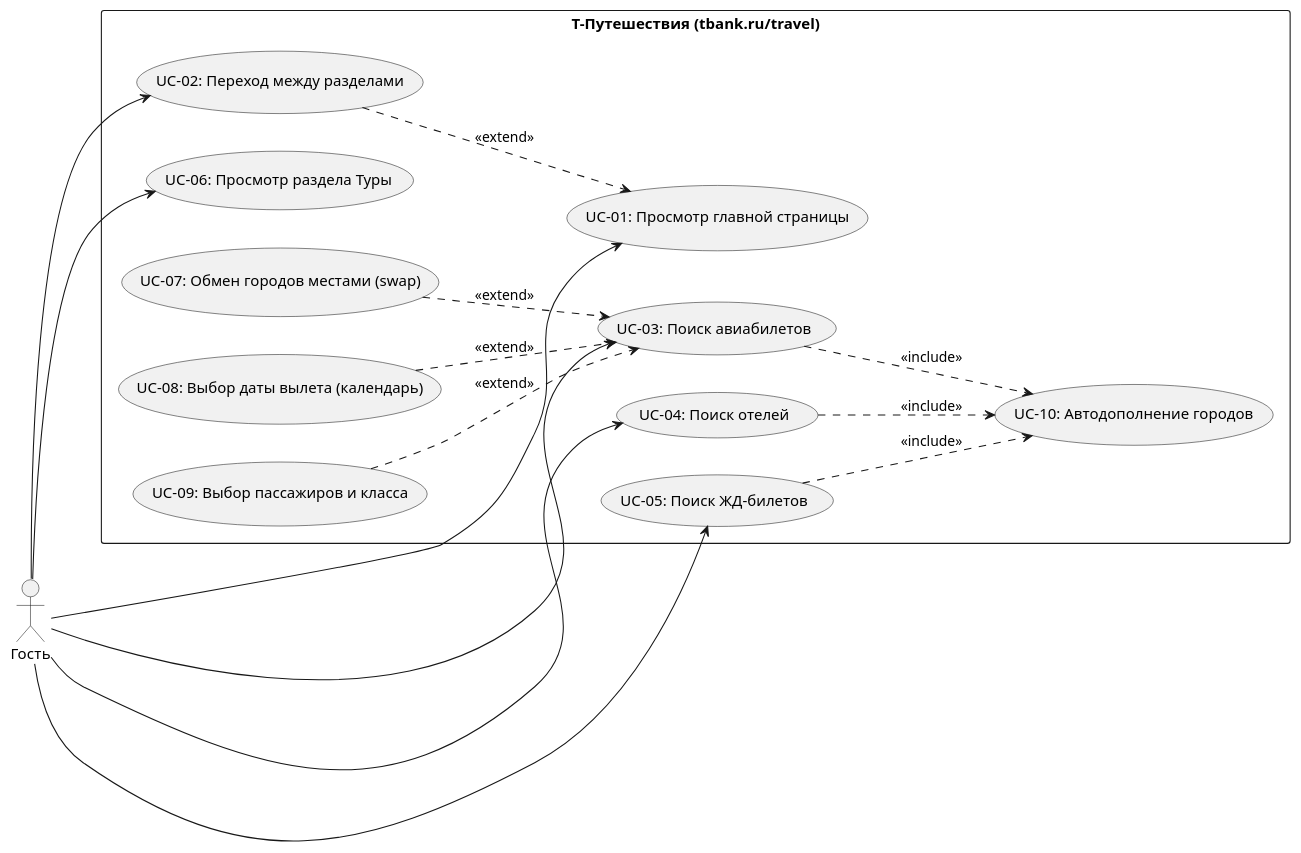
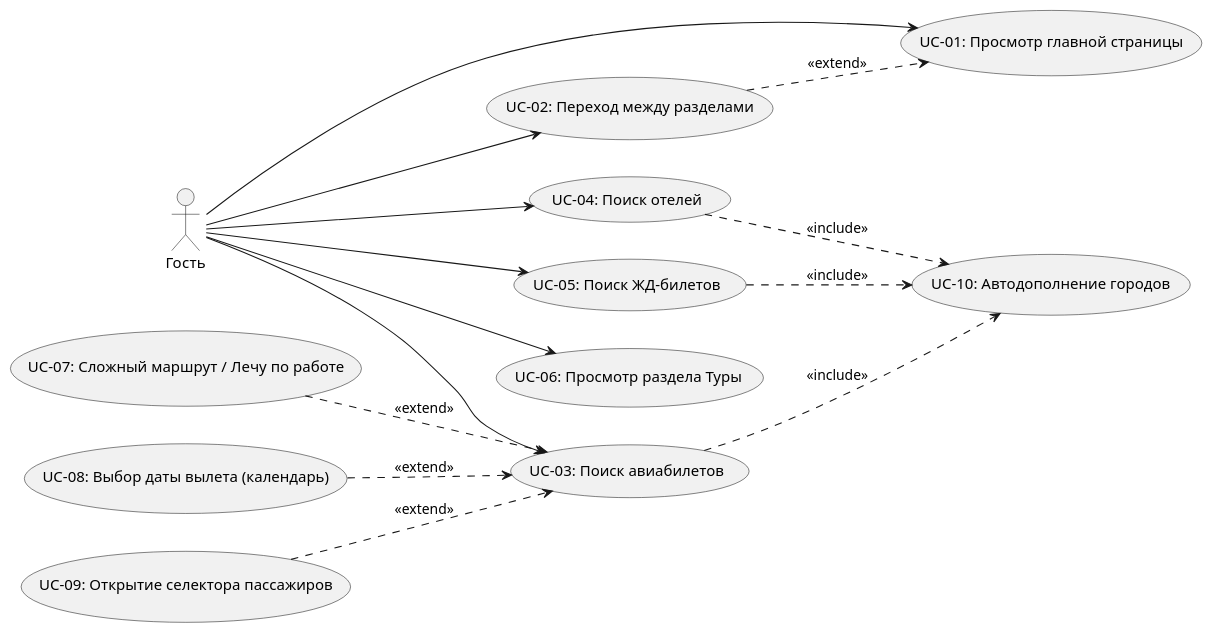
The first of 2 diagrams in docs/use-case-diagram.md (PaulLocust/tpo-lab3), drawn with PlantUML before and after one commit. The commit also changed other lines of this file and 23 other files, not shown here.

````diff
--- a/docs/use-case-diagram.md
+++ b/docs/use-case-diagram.md
@@ -3,45 +3,44 @@
 ```plantuml
 @startuml
 left to right direction
 skinparam packageStyle rectangle
 skinparam shadowing false
 
 actor "Гость" as Guest
 
-rectangle "T-Путешествия (tbank.ru/travel)" {
 
   usecase "UC-01: Просмотр главной страницы" as UC01
   usecase "UC-02: Переход между разделами" as UC02
 
   usecase "UC-03: Поиск авиабилетов" as UC03
   usecase "UC-04: Поиск отелей" as UC04
   usecase "UC-05: Поиск ЖД-билетов" as UC05
   usecase "UC-06: Просмотр раздела Туры" as UC06
 
-  usecase "UC-07: Обмен городов местами (swap)" as UC07
+  usecase "UC-07: Сложный маршрут / Лечу по работе" as UC07
   usecase "UC-08: Выбор даты вылета (календарь)" as UC08
-  usecase "UC-09: Выбор пассажиров и класса" as UC09
+  usecase "UC-09: Открытие селектора пассажиров" as UC09
   usecase "UC-10: Автодополнение городов" as UC10
-}
+
 
 Guest --> UC01
 Guest --> UC02
 Guest --> UC03
 Guest --> UC04
 Guest --> UC05
 Guest --> UC06
 
 ' <<extend>>: расширяют сценарий поиска авиабилетов
 UC07 ..> UC03 : <<extend>>
 UC08 ..> UC03 : <<extend>>
 UC09 ..> UC03 : <<extend>>
 
 ' <<include>>: автодополнение городов входит в каждый поиск
 UC03 ..> UC10 : <<include>>
 UC04 ..> UC10 : <<include>>
 UC05 ..> UC10 : <<include>>
 
 ' <<extend>>: переход между разделами расширяет просмотр главной
 UC02 ..> UC01 : <<extend>>
 @enduml
 ```
````
